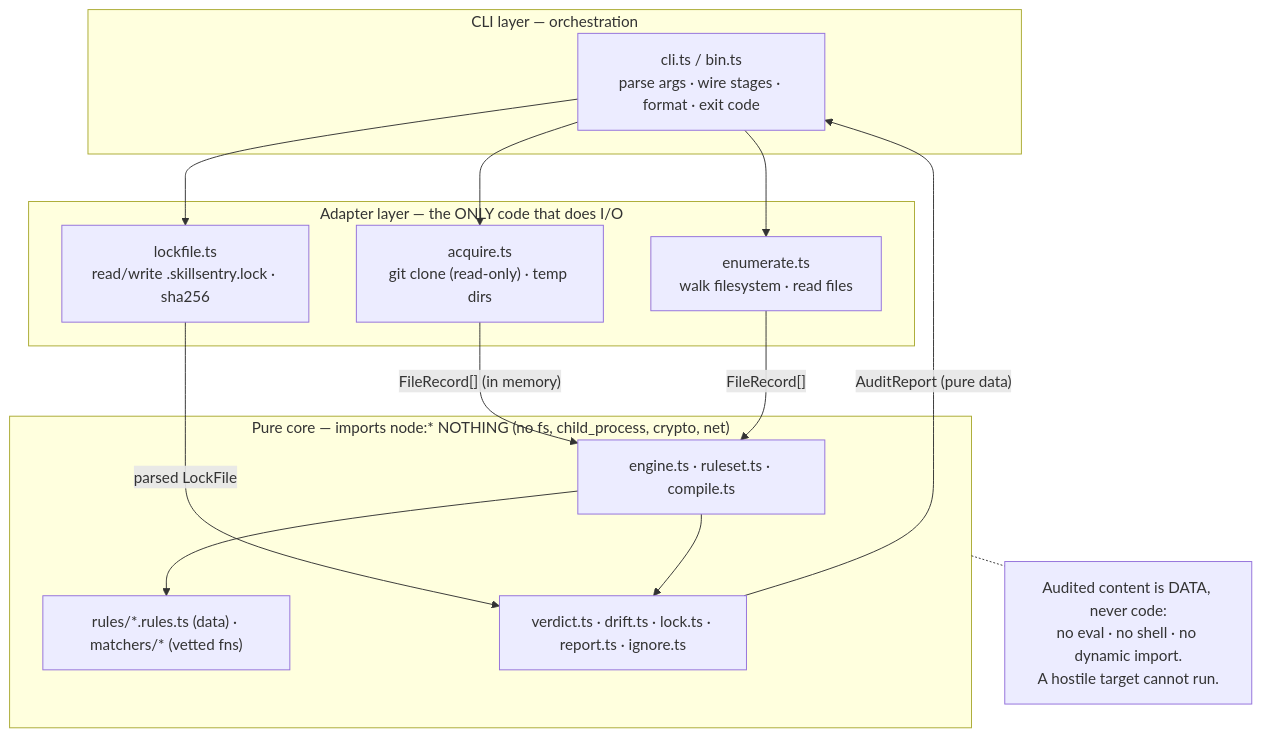
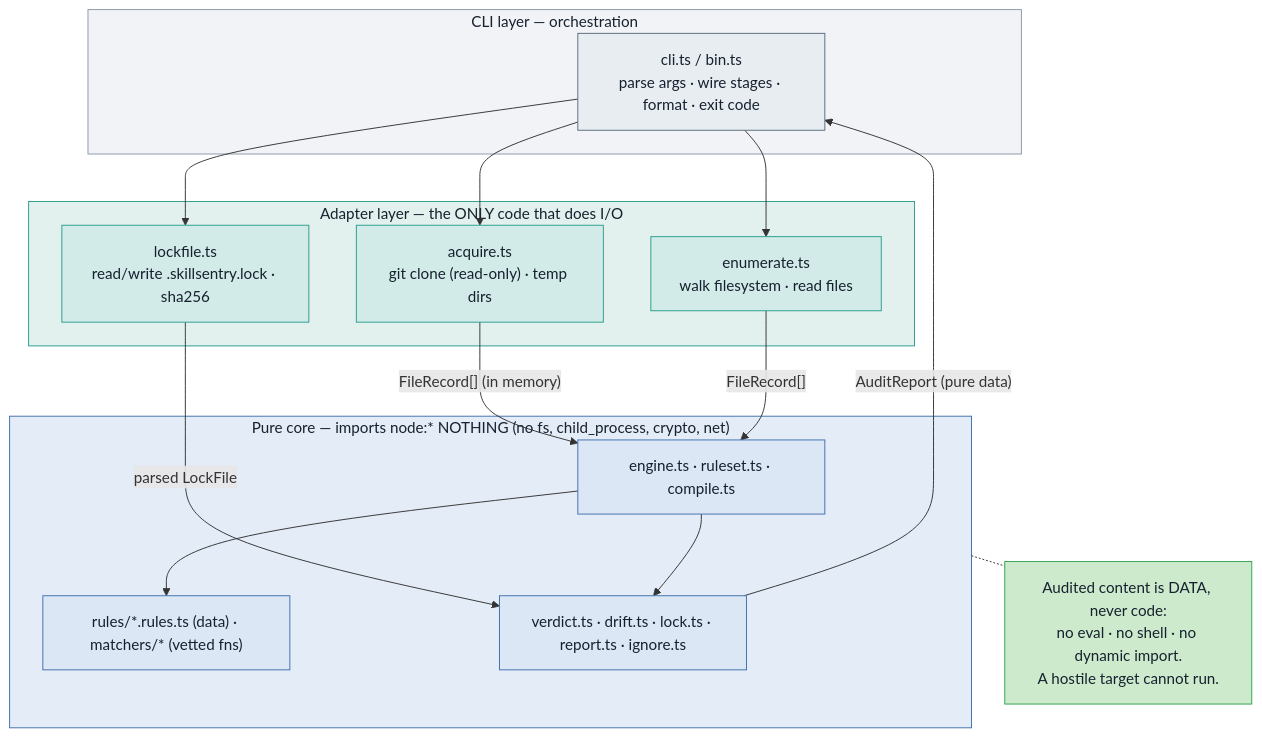
One commit to whatbirdisthat/exosphere changed the diagram in doc/guide/diagrams/architecture-boundaries.mmd. Above: the diagram before and after it, drawn with Mermaid. The commit also changed 23 other files, not shown here.

First line of the commit message:
🎨 docs(diagrams): semantic colour-coding + fix oversized README headline

```diff
--- a/doc/guide/diagrams/architecture-boundaries.mmd
+++ b/doc/guide/diagrams/architecture-boundaries.mmd
@@ -1,30 +1,40 @@
 %% The never-execute guarantee is STRUCTURAL: only the adapter layer touches the outside world.
-%% The pure core imports node:* nothing — enforced by a layering test (ADR-001).
+%% Colour key: grey = orchestration · teal = I/O (the only code touching the outside) · blue = pure core ·
+%% green = the safety guarantee.
 %% Source: ADR-001, src/core/*, src/adapters/*, src/core/__tests__/layering.test.ts
 flowchart TD
     subgraph CLI["CLI layer — orchestration"]
-        cli["cli.ts / bin.ts<br/>parse args · wire stages · format · exit code"]
+        cli["cli.ts / bin.ts<br/>parse args · wire stages · format · exit code"]:::input
     end
 
     subgraph ADAPTERS["Adapter layer — the ONLY code that does I/O"]
-        acq["acquire.ts<br/>git clone (read-only) · temp dirs"]
-        enum["enumerate.ts<br/>walk filesystem · read files"]
-        lock["lockfile.ts<br/>read/write .skillsentry.lock · sha256"]
+        acq["acquire.ts<br/>git clone (read-only) · temp dirs"]:::io
+        enum["enumerate.ts<br/>walk filesystem · read files"]:::io
+        lock["lockfile.ts<br/>read/write .skillsentry.lock · sha256"]:::io
     end
 
     subgraph CORE["Pure core — imports node:* NOTHING (no fs, child_process, crypto, net)"]
-        engine["engine.ts · ruleset.ts · compile.ts"]
-        rules["rules/*.rules.ts (data) · matchers/* (vetted fns)"]
-        logic["verdict.ts · drift.ts · lock.ts · report.ts · ignore.ts"]
+        engine["engine.ts · ruleset.ts · compile.ts"]:::core
+        rules["rules/*.rules.ts (data) · matchers/* (vetted fns)"]:::core
+        logic["verdict.ts · drift.ts · lock.ts · report.ts · ignore.ts"]:::core
     end
 
     cli --> acq & enum & lock
     acq -->|"FileRecord[] (in memory)"| engine
     enum -->|"FileRecord[]"| engine
     lock -->|"parsed LockFile"| logic
     engine --> rules
     engine --> logic
     logic -->|"AuditReport (pure data)"| cli
 
-    note["Audited content is DATA, never code:<br/>no eval · no shell · no dynamic import.<br/>A hostile target cannot run."]
+    note["Audited content is DATA, never code:<br/>no eval · no shell · no dynamic import.<br/>A hostile target cannot run."]:::pass
     CORE -.- note
+
+    classDef input fill:#e8edf2,stroke:#5b6b7f,color:#16212e;
+    classDef io fill:#d2ebe8,stroke:#2a9d8f,color:#16212e;
+    classDef core fill:#dbe7f5,stroke:#3f6fae,color:#16212e;
+    classDef pass fill:#cdeacd,stroke:#2da44e,color:#16212e;
+
+    style CLI fill:#f1f3f6,stroke:#8b98a8,color:#16212e;
+    style ADAPTERS fill:#e2f1ee,stroke:#2a9d8f,color:#16212e;
+    style CORE fill:#e4ecf7,stroke:#3f6fae,color:#16212e;
```
